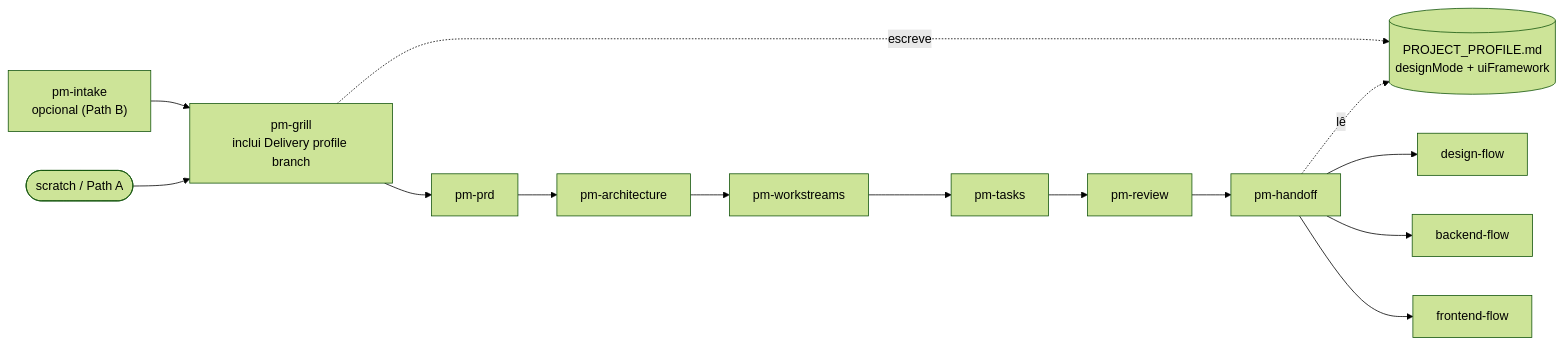
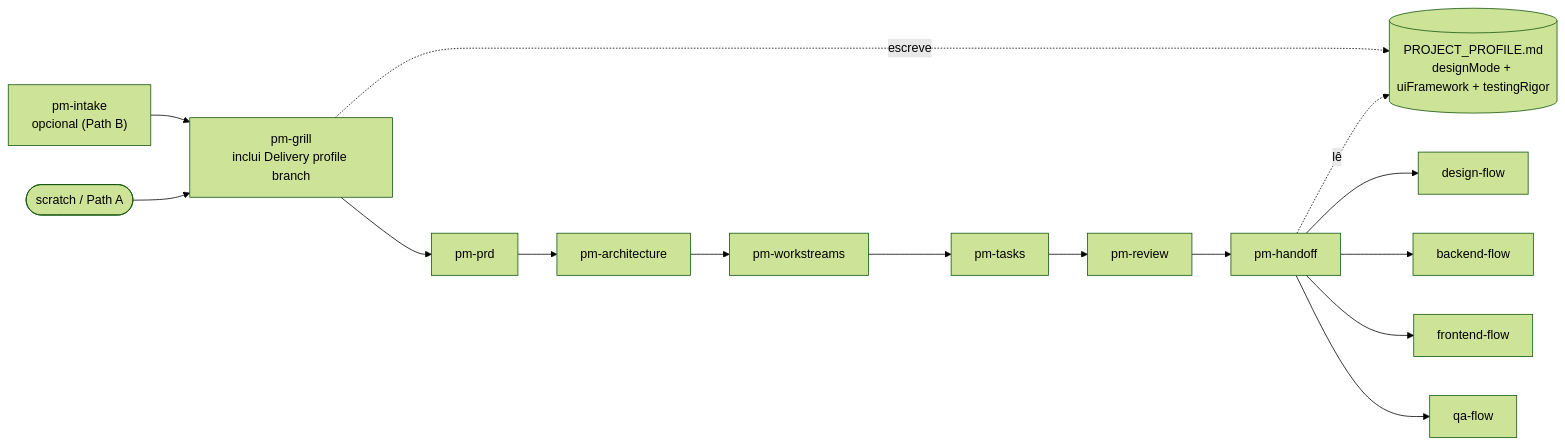
One commit to diegocredidio/project-skills changed the second of 8 diagrams in docs/skills-flow.md. Above: the diagram before and after it, drawn with Mermaid (forest theme). The commit also changed other lines of this file and 1 other file, not shown here.

Commit message:
docs: document qa-flow and testingRigor in README and flow map

````diff
--- a/docs/skills-flow.md
+++ b/docs/skills-flow.md
@@ -33,16 +37,17 @@
 ```mermaid
 flowchart LR
     Intake["pm-intake<br/>opcional (Path B)"] --> Grill["pm-grill<br/>inclui Delivery profile branch"]
     Start([scratch / Path A]) --> Grill
     Grill --> PRD[pm-prd]
     PRD --> Arch[pm-architecture]
     Arch --> WS[pm-workstreams]
     WS --> Tasks[pm-tasks]
     Tasks --> Review[pm-review]
     Review --> Handoff[pm-handoff]
-    Grill -.escreve.-> PP[("PROJECT_PROFILE.md<br/>designMode + uiFramework")]
+    Grill -.escreve.-> PP[("PROJECT_PROFILE.md<br/>designMode + uiFramework + testingRigor")]
     Handoff -.lê.-> PP
     Handoff --> DesignFlow[design-flow]
     Handoff --> BackendFlow[backend-flow]
     Handoff --> FrontendFlow[frontend-flow]
+    Handoff --> QAFlow[qa-flow]
 ```
````
